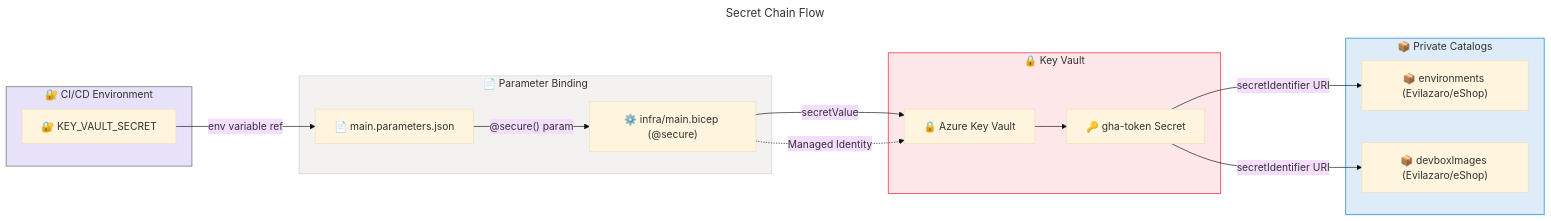
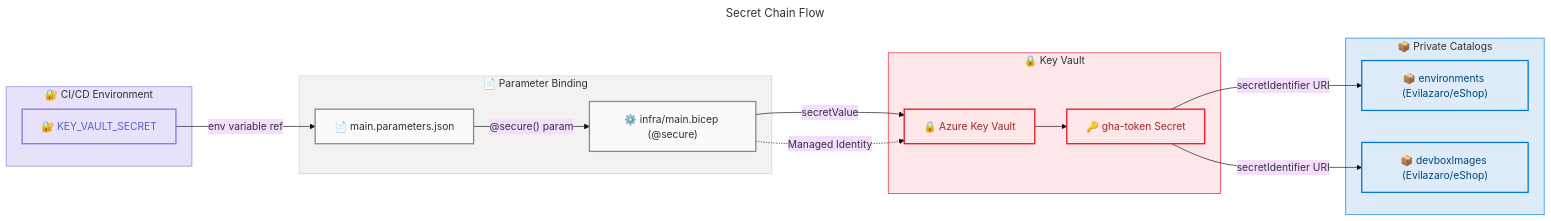
Before and after one commit to Evilazaro/DevExp-DevBox: the eighth of 9 diagrams in docs/architecture/data-architecture.md, drawn with Mermaid. The commit also changed other lines of this file, not shown here.

Commit message:
style: enhance flowchart color coding for improved clarity and categorization

````diff
--- a/docs/architecture/data-architecture.md
+++ b/docs/architecture/data-architecture.md
@@ -1020,56 +1025,61 @@
 ```mermaid
 ---
 title: Secret Chain Flow
 config:
   theme: base
   look: classic
   layout: dagre
   themeVariables:
     fontSize: '16px'
 ---
 flowchart LR
     %% ═══════════════════════════════════════════════════════════════════════════
     %% AZURE / FLUENT ARCHITECTURE PATTERN v1.1
     %% (Semantic + Structural + Font + Accessibility Governance)
     %% ═══════════════════════════════════════════════════════════════════════════
     %% PHASE 1 - STRUCTURAL: Direction explicit, flat topology, nesting ≤ 3
     %% PHASE 2 - SEMANTIC: Colors justified, max 5 semantic classes, neutral-first
     %% PHASE 3 - FONT: Dark text on light backgrounds, contrast ≥ 4.5:1
     %% PHASE 4 - ACCESSIBILITY: accTitle/accDescr present, icons on all nodes
     %% PHASE 5 - STANDARD: Governance block present, classDefs centralized
     %% ═══════════════════════════════════════════════════════════════════════════
 
     accTitle: Secret Chain Flow
     accDescr: End-to-end flow of the GitHub access token from CI/CD environment through Key Vault to private catalog authentication
 
     subgraph CICD["🔐 CI/CD Environment"]
-        ENV["🔐 KEY_VAULT_SECRET"]
+        ENV["🔐 KEY_VAULT_SECRET"]:::data
     end
-    style CICD fill:#E7E2FA,stroke:#605E5C,color:#323130
+    style CICD fill:#E7E2FA,stroke:#8378DE,color:#323130
 
     subgraph PARAMS["📄 Parameter Binding"]
-        PJ["📄 main.parameters.json"]
-        MB["⚙️ infra/main.bicep (@secure)"]
+        PJ["📄 main.parameters.json"]:::neutral
+        MB["⚙️ infra/main.bicep (@secure)"]:::neutral
     end
     style PARAMS fill:#F3F2F1,stroke:#D2D0CE,color:#323130
 
     subgraph VAULT["🔒 Key Vault"]
-        KV["🔒 Azure Key Vault"]
-        SC["🔑 gha-token Secret"]
+        KV["🔒 Azure Key Vault"]:::danger
+        SC["🔑 gha-token Secret"]:::danger
     end
     style VAULT fill:#FDE7E9,stroke:#E81123,color:#323130
 
     subgraph CONSUMERS["📦 Private Catalogs"]
-        C1["📦 environments (Evilazaro/eShop)"]
-        C2["📦 devboxImages (Evilazaro/eShop)"]
+        C1["📦 environments (Evilazaro/eShop)"]:::core
+        C2["📦 devboxImages (Evilazaro/eShop)"]:::core
     end
     style CONSUMERS fill:#DEECF9,stroke:#0078D4,color:#323130
 
     ENV -->|"env variable ref"| PJ
     PJ -->|"@secure() param"| MB
     MB -->|"secretValue"| KV
     KV --> SC
     SC -->|"secretIdentifier URI"| C1
     SC -->|"secretIdentifier URI"| C2
     MB -.->|"Managed Identity"| KV
+
+    classDef data fill:#E7E2FA,stroke:#8378DE,stroke-width:2px,color:#5B5FC7
+    classDef neutral fill:#FAFAFA,stroke:#8A8886,stroke-width:2px,color:#323130
+    classDef danger fill:#FDE7E9,stroke:#E81123,stroke-width:2px,color:#A4262C
+    classDef core fill:#DEECF9,stroke:#0078D4,stroke-width:2px,color:#004578
 ```
````
